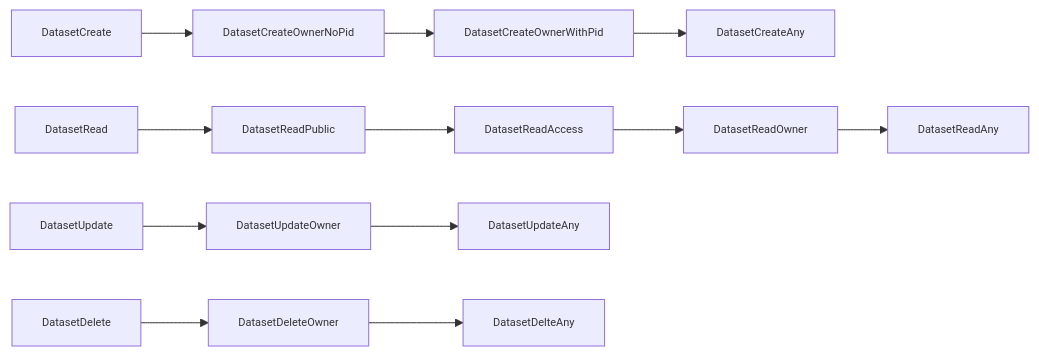
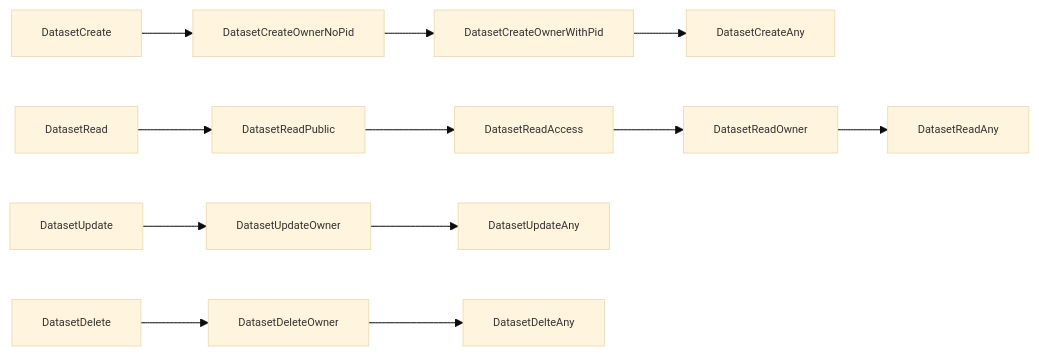
One commit to SciCatProject/documentation changed the diagram in Development/v4.x/backend/authorization/authorization_datasets.md. Above: the diagram before and after it, drawn with Mermaid. The commit also changed 1 other file, not shown here.

Commit message:
styling authorization priority

````diff
--- a/Development/v4.x/backend/authorization/authorization_datasets.md
+++ b/Development/v4.x/backend/authorization/authorization_datasets.md
@@ -67,15 +67,15 @@
 ```mermaid
-%%{init: {'themeVariables': { 'fontSize': '11px', 'fontFamily' : 'monospace'}}}%%
+%%{init: {'theme' : 'base', 'themeVariables': { 'fontSize': '11px', 'fontFamily' : 'monospace'}}}%%
 graph LR;
     DatasetCreate-->DatasetCreateOwnerNoPid;
     DatasetCreateOwnerNoPid-->DatasetCreateOwnerWithPid;
     DatasetCreateOwnerWithPid-->DatasetCreateAny;
     DatasetRead-->DatasetReadPublic;
     DatasetReadPublic-->DatasetReadAccess;
     DatasetReadAccess-->DatasetReadOwner;
     DatasetReadOwner-->DatasetReadAny;
     DatasetUpdate-->DatasetUpdateOwner;
     DatasetUpdateOwner-->DatasetUpdateAny;
     DatasetDelete-->DatasetDeleteOwner;
     DatasetDeleteOwner-->DatasetDelteAny;
 ```
````
